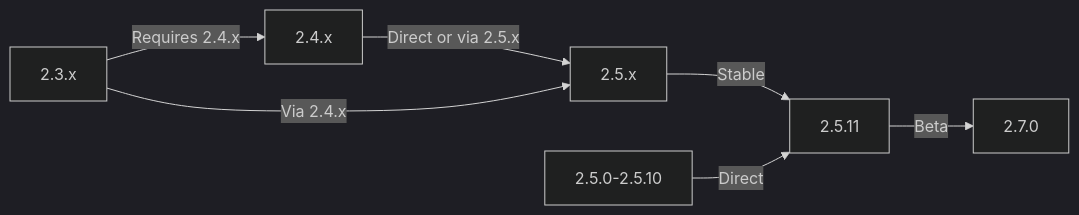
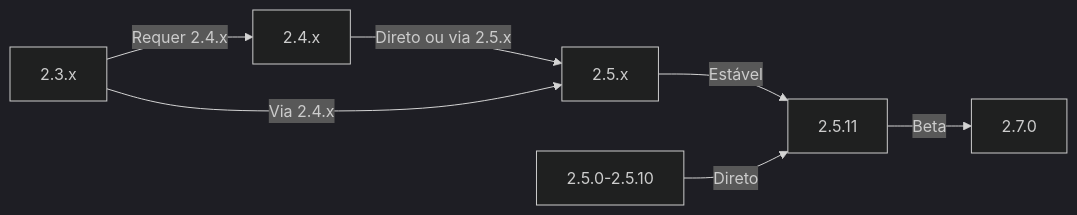
Before and after one commit to mambax7/xoops-docs: the diagram in apps/docs-27/src/content/docs/pt/installation/upgrading.md, drawn with Mermaid (dark theme). The commit also changed other lines of this file and 162 other files, not shown here.

````diff
--- a/apps/docs-27/src/content/docs/pt/installation/upgrading.md
+++ b/apps/docs-27/src/content/docs/pt/installation/upgrading.md
@@ -32,9 +32,9 @@
 ```mermaid
 graph LR
-    A[2.3.x] -->|Requires 2.4.x| B[2.4.x]
-    B -->|Direct or via 2.5.x| C[2.5.x]
+    A[2.3.x] -->|Requer 2.4.x| B[2.4.x]
+    B -->|Direto ou via 2.5.x| C[2.5.x]
     A -->|Via 2.4.x| C
-    C -->|Stable| D[2.5.11]
-    E[2.5.0-2.5.10] -->|Direct| D
+    C -->|Estável| D[2.5.11]
+    E[2.5.0-2.5.10] -->|Direto| D
     D -->|Beta| F[2.7.0]
 ```
````
